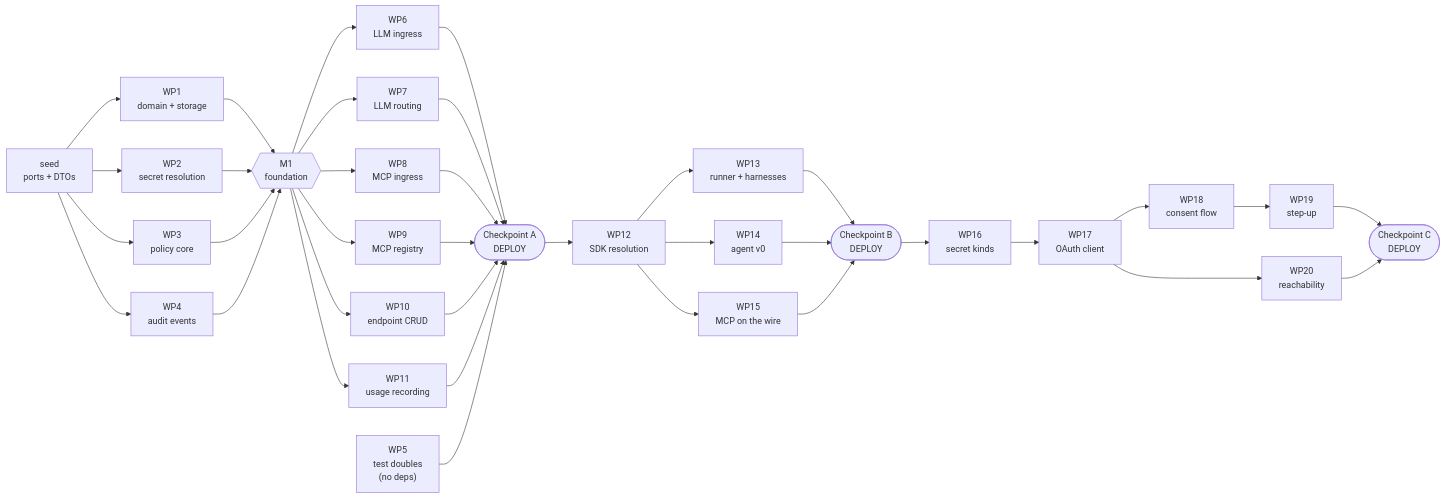
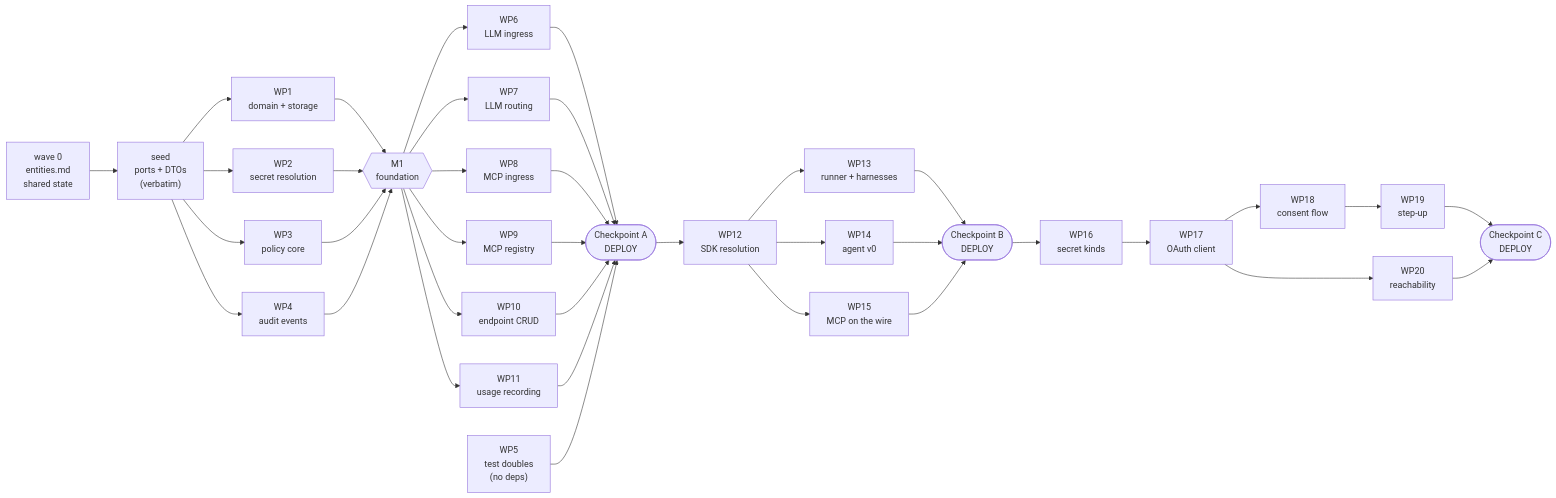
One commit to Agenta-AI/agenta changed the diagram in docs/design/gateways-research/v1/plan.md. Above: the diagram before and after it, drawn with Mermaid. The commit also changed other lines of this file and 1 other file, not shown here.

First line of the commit message:
docs(agent): add wave zero, and fix two errors in the draft

````diff
--- a/docs/design/gateways-research/v1/plan.md
+++ b/docs/design/gateways-research/v1/plan.md
@@ -92,28 +100,28 @@
 ```mermaid
 flowchart LR
-    S["seed<br/>ports + DTOs"]
+    W0["wave 0<br/>entities.md<br/>shared state"] --> S["seed<br/>ports + DTOs<br/>(verbatim)"]
     S --> WP1["WP1<br/>domain + storage"]
     S --> WP2["WP2<br/>secret resolution"]
     S --> WP3["WP3<br/>policy core"]
     S --> WP4["WP4<br/>audit events"]
     WP5["WP5<br/>test doubles<br/>(no deps)"]
     WP1 & WP2 & WP3 & WP4 --> M1{{"M1<br/>foundation"}}
     M1 --> WP6["WP6<br/>LLM ingress"]
     M1 --> WP7["WP7<br/>LLM routing"]
     M1 --> WP8["WP8<br/>MCP ingress"]
     M1 --> WP9["WP9<br/>MCP registry"]
     M1 --> WP10["WP10<br/>endpoint CRUD"]
     M1 --> WP11["WP11<br/>usage recording"]
     WP6 & WP7 & WP8 & WP9 & WP10 & WP11 & WP5 --> CA(["Checkpoint A<br/>DEPLOY"])
     CA --> WP12["WP12<br/>SDK resolution"]
     WP12 --> WP13["WP13<br/>runner + harnesses"]
     WP12 --> WP14["WP14<br/>agent v0"]
     WP12 --> WP15["WP15<br/>MCP on the wire"]
     WP13 & WP14 & WP15 --> CB(["Checkpoint B<br/>DEPLOY"])
     CB --> WP16["WP16<br/>secret kinds"]
     WP16 --> WP17["WP17<br/>OAuth client"]
     WP17 --> WP18["WP18<br/>consent flow"]
     WP17 --> WP20["WP20<br/>reachability"]
     WP18 --> WP19["WP19<br/>step-up"]
     WP19 & WP20 --> CC(["Checkpoint C<br/>DEPLOY"])
 ```
````
